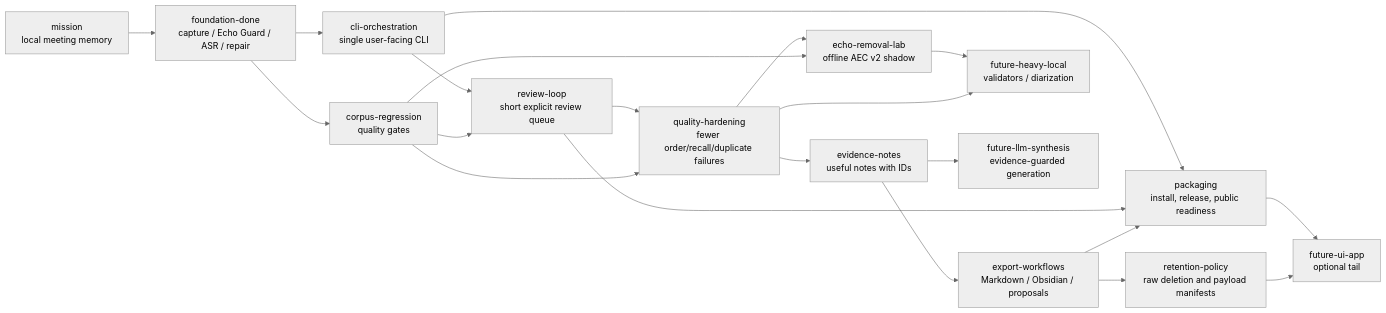
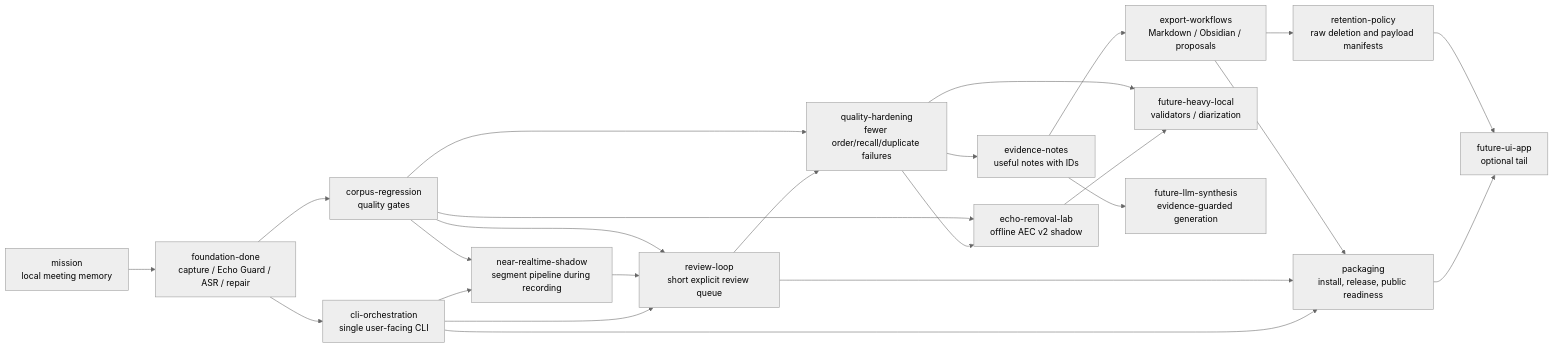
One commit to asukhodko/murmurmark changed the diagram in docs/roadmap/murmurmark-cli-roadmap.md. Above: the diagram before and after it, drawn with Mermaid (neutral theme). The commit also changed other lines of this file and 9 other files, not shown here.

Commit message:
feat: add near-realtime shadow pipeline

````diff
--- a/docs/roadmap/murmurmark-cli-roadmap.md
+++ b/docs/roadmap/murmurmark-cli-roadmap.md
@@ -88,38 +94,42 @@
 ```mermaid
 flowchart LR
     mission["mission<br/>local meeting memory"]
     foundation["foundation-done<br/>capture / Echo Guard / ASR / repair"]
     cli["cli-orchestration<br/>single user-facing CLI"]
+    live["near-realtime-shadow<br/>segment pipeline during recording"]
     corpus["corpus-regression<br/>quality gates"]
     review["review-loop<br/>short explicit review queue"]
     hardening["quality-hardening<br/>fewer order/recall/duplicate failures"]
     echo_lab["echo-removal-lab<br/>offline AEC v2 shadow"]
     notes["evidence-notes<br/>useful notes with IDs"]
     export["export-workflows<br/>Markdown / Obsidian / proposals"]
     retention["retention-policy<br/>raw deletion and payload manifests"]
     packaging["packaging<br/>install, release, public readiness"]
     future_asr["future-heavy-local<br/>validators / diarization"]
     future_llm["future-llm-synthesis<br/>evidence-guarded generation"]
     future_ui["future-ui-app<br/>optional tail"]
 
     mission --> foundation
     foundation --> cli
+    cli --> live
     foundation --> corpus
     cli --> review
+    live --> review
+    corpus --> live
     corpus --> review
     review --> hardening
     corpus --> hardening
     hardening --> echo_lab
     corpus --> echo_lab
     hardening --> notes
     notes --> export
     export --> retention
     cli --> packaging
     review --> packaging
     export --> packaging
     echo_lab --> future_asr
     hardening --> future_asr
     notes --> future_llm
     packaging --> future_ui
     retention --> future_ui
 ```
````
